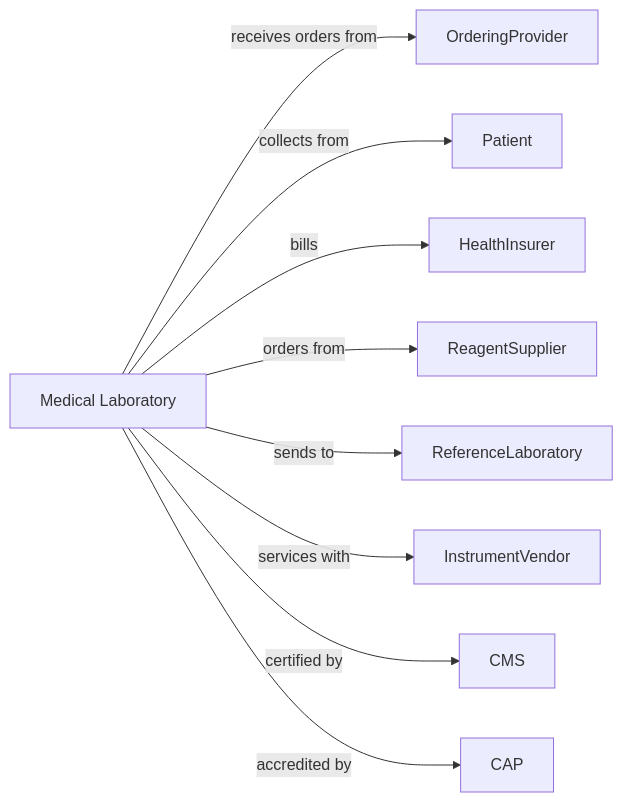
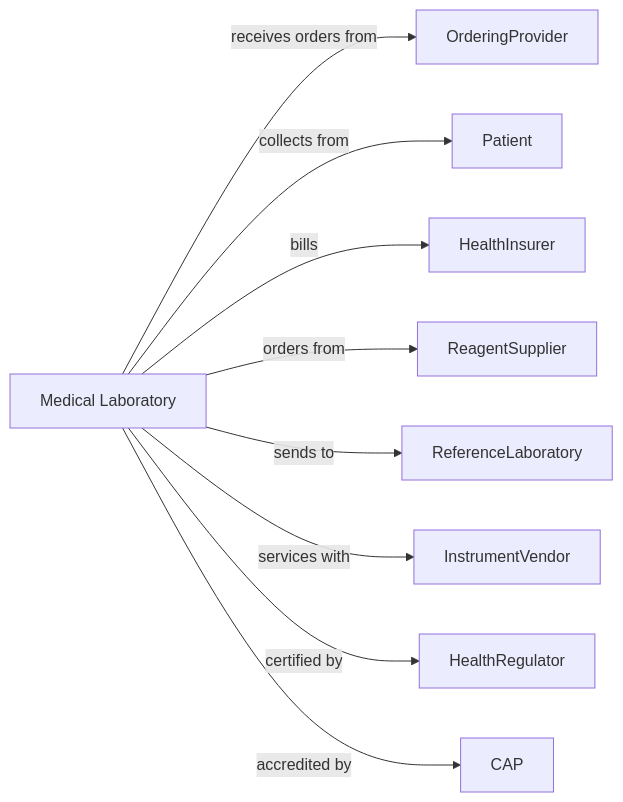
Before and after one commit to dot-org-ai/industries.org.ai: the second of 2 diagrams in HealthCare/AmbulatoryHealthCareServices/MedicalAndDiagnosticLaboratories/MedicalLaboratories.mdx, drawn with Mermaid. The commit also changed other lines of this file and 639 other files, not shown here.

````diff
--- a/HealthCare/AmbulatoryHealthCareServices/MedicalAndDiagnosticLaboratories/MedicalLaboratories.mdx
+++ b/HealthCare/AmbulatoryHealthCareServices/MedicalAndDiagnosticLaboratories/MedicalLaboratories.mdx
@@ -145,13 +145,13 @@
 ```mermaid
 graph LR
     L[Medical Laboratory]
 
     L -->|receives orders from| OrderingProvider
     L -->|collects from| Patient
     L -->|bills| HealthInsurer
     L -->|orders from| ReagentSupplier
     L -->|sends to| ReferenceLaboratory
     L -->|services with| InstrumentVendor
-    L -->|certified by| CMS
+    L -->|certified by| HealthRegulator
     L -->|accredited by| CAP
 ```
````
